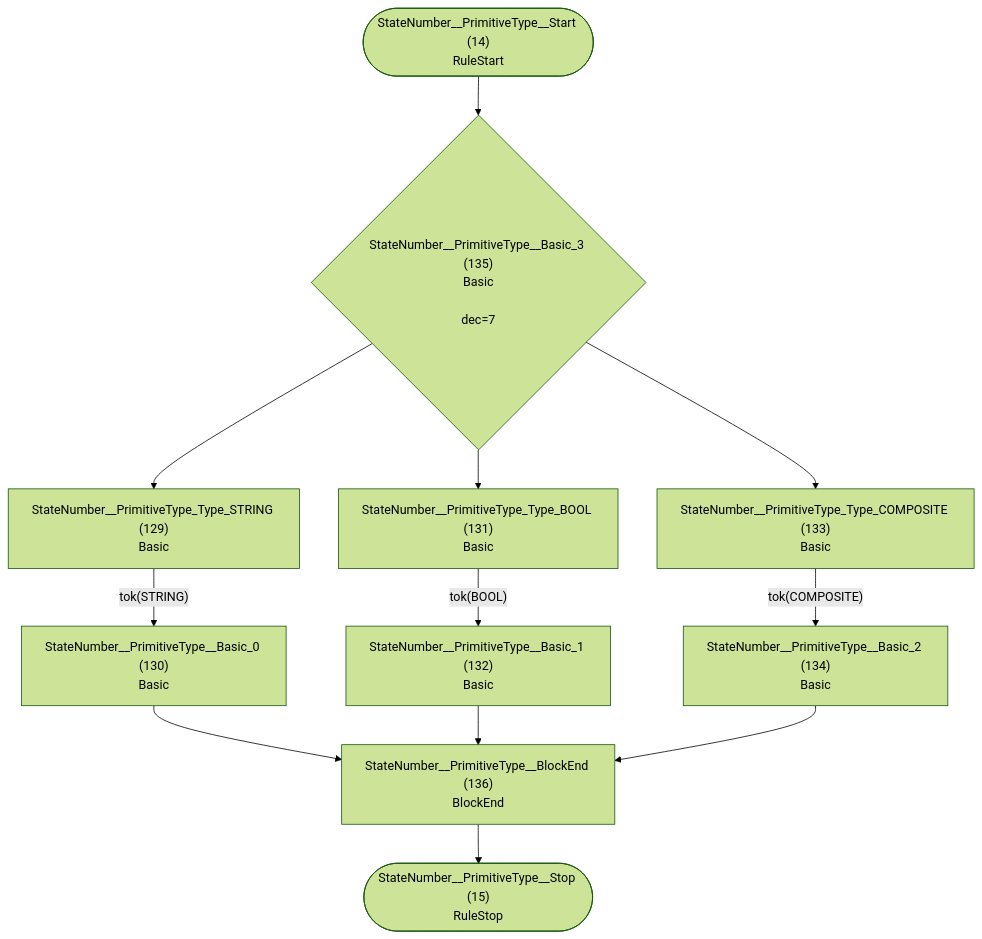
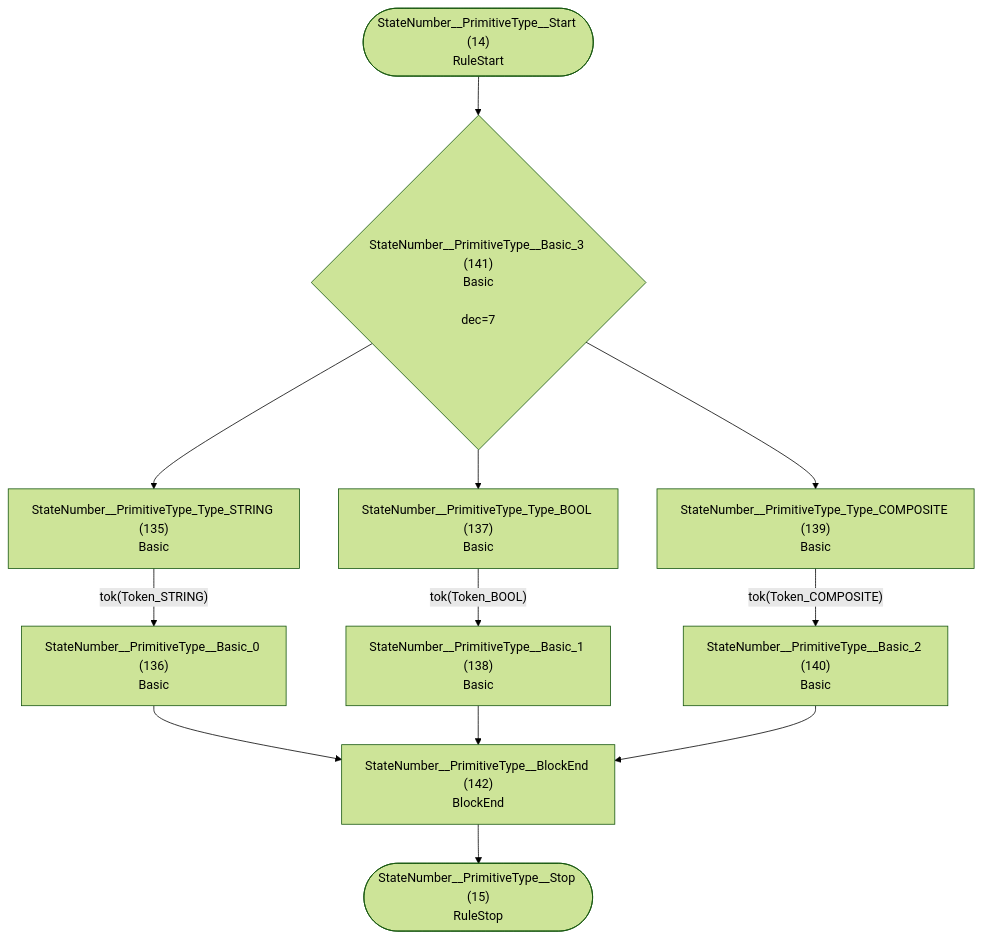
Before and after one commit to TypeFox/fastbelt: the eighth of 36 diagrams in internal/grammar/atn.md, drawn with Mermaid (forest theme). The commit also changed other lines of this file and 6 other files, not shown here.

````diff
--- a/internal/grammar/atn.md
+++ b/internal/grammar/atn.md
@@ -214,25 +214,25 @@
 ```mermaid
 flowchart TD
     q14(["StateNumber__PrimitiveType__Start (14)<br/>RuleStart"])
     q15(["StateNumber__PrimitiveType__Stop (15)<br/>RuleStop"])
-    q129["StateNumber__PrimitiveType_Type_STRING (129)<br/>Basic<br/>"]
-    q130["StateNumber__PrimitiveType__Basic_0 (130)<br/>Basic<br/>"]
-    q131["StateNumber__PrimitiveType_Type_BOOL (131)<br/>Basic<br/>"]
-    q132["StateNumber__PrimitiveType__Basic_1 (132)<br/>Basic<br/>"]
-    q133["StateNumber__PrimitiveType_Type_COMPOSITE (133)<br/>Basic<br/>"]
-    q134["StateNumber__PrimitiveType__Basic_2 (134)<br/>Basic<br/>"]
-    q135{"StateNumber__PrimitiveType__Basic_3 (135)<br/>Basic<br/><br/>dec=7"}
-    q136["StateNumber__PrimitiveType__BlockEnd (136)<br/>BlockEnd<br/>"]
+    q135["StateNumber__PrimitiveType_Type_STRING (135)<br/>Basic<br/>"]
+    q136["StateNumber__PrimitiveType__Basic_0 (136)<br/>Basic<br/>"]
+    q137["StateNumber__PrimitiveType_Type_BOOL (137)<br/>Basic<br/>"]
+    q138["StateNumber__PrimitiveType__Basic_1 (138)<br/>Basic<br/>"]
+    q139["StateNumber__PrimitiveType_Type_COMPOSITE (139)<br/>Basic<br/>"]
+    q140["StateNumber__PrimitiveType__Basic_2 (140)<br/>Basic<br/>"]
+    q141{"StateNumber__PrimitiveType__Basic_3 (141)<br/>Basic<br/><br/>dec=7"}
+    q142["StateNumber__PrimitiveType__BlockEnd (142)<br/>BlockEnd<br/>"]
 
-    q14 --> q135
-    q129 -->|"tok(STRING)"| q130
-    q130 --> q136
-    q131 -->|"tok(BOOL)"| q132
-    q132 --> q136
-    q133 -->|"tok(COMPOSITE)"| q134
-    q134 --> q136
-    q135 --> q129
-    q135 --> q131
-    q135 --> q133
-    q136 --> q15
+    q14 --> q141
+    q135 -->|"tok(Token_STRING)"| q136
+    q136 --> q142
+    q137 -->|"tok(Token_BOOL)"| q138
+    q138 --> q142
+    q139 -->|"tok(Token_COMPOSITE)"| q140
+    q140 --> q142
+    q141 --> q135
+    q141 --> q137
+    q141 --> q139
+    q142 --> q15
 ```
````
